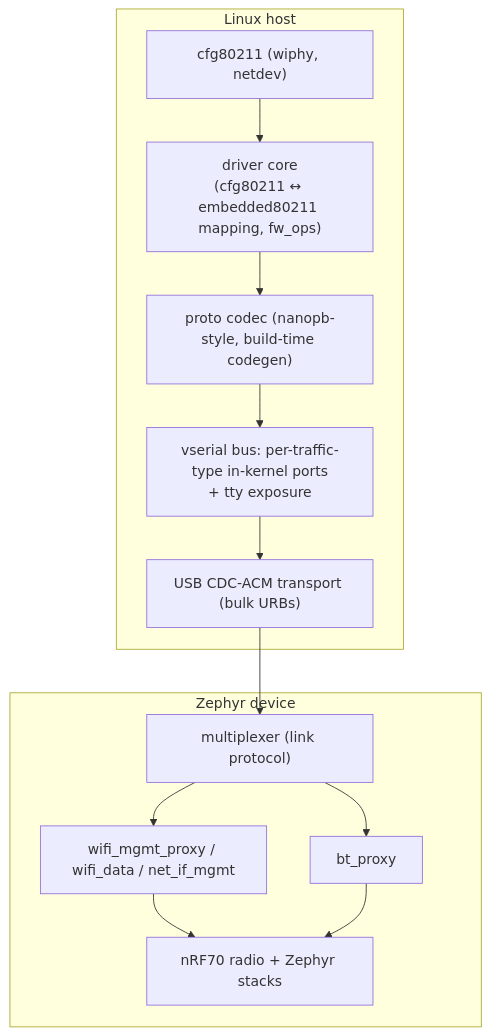
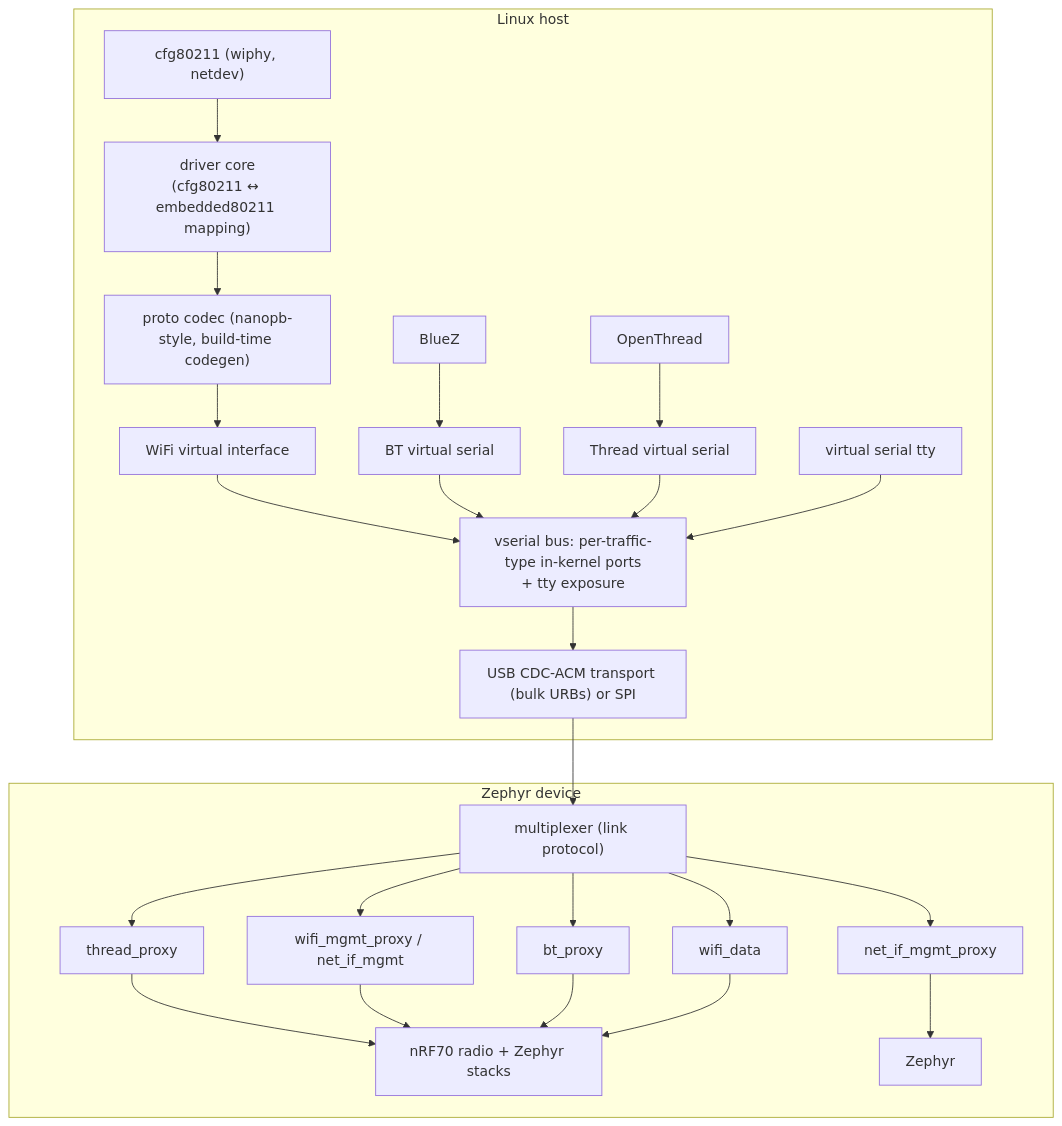
One commit to mjaakkol/embedded80211_serial changed the diagram in linux/README.md. Above: the diagram before and after it, drawn with Mermaid. The commit also changed other lines of this file, not shown here.

Commit message:
updated Linux host stack picture

````diff
--- a/linux/README.md
+++ b/linux/README.md
@@ -226,19 +226,35 @@
 ```mermaid
 flowchart TB
     subgraph HOST["Linux host"]
         C8["cfg80211 (wiphy, netdev)"]
-        DRV["driver core<br/>(cfg80211 ↔ embedded80211 mapping, fw_ops)"]
+        DRV["driver core<br/>(cfg80211 ↔ embedded80211 mapping)"]
         CODEC["proto codec (nanopb-style, build-time codegen)"]
+        VSERIAL["virtual serial tty"]
+        BT_SERIAL["BT virtual serial"]
+        THREAD_SERIAL["Thread virtual serial"]
+        WIFI_SERIAL["WiFi virtual interface"]
         BUS["vserial bus: per-traffic-type in-kernel ports<br/>+ tty exposure"]
-        USB["USB CDC-ACM transport (bulk URBs)"]
+        USB["USB CDC-ACM transport (bulk URBs) or SPI"]
+        BT["BlueZ"]
+        TH["OpenThread"]
     end
     subgraph DEV["Zephyr device"]
         MUX["multiplexer (link protocol)"]
-        WP["wifi_mgmt_proxy / wifi_data / net_if_mgmt"]
+        WP["wifi_mgmt_proxy / net_if_mgmt"]
+        WIFI_DATA["wifi_data"]
+        NET_IF["net_if_mgmt_proxy"]
         BP["bt_proxy"]
+        TP["thread_proxy"]
         RF["nRF70 radio + Zephyr stacks"]
+        ZH["Zephyr"]
     end
-    C8 --> DRV --> CODEC --> BUS --> USB --> MUX
+    C8 --> DRV --> CODEC --> WIFI_SERIAL --> BUS --> USB --> MUX
+    BT --> BT_SERIAL --> BUS
+    TH --> THREAD_SERIAL --> BUS
+    VSERIAL --> BUS
+    MUX --> TP --> RF
     MUX --> WP --> RF
     MUX --> BP --> RF
+    MUX --> WIFI_DATA --> RF
+    MUX --> NET_IF --> ZH
 ```
````
